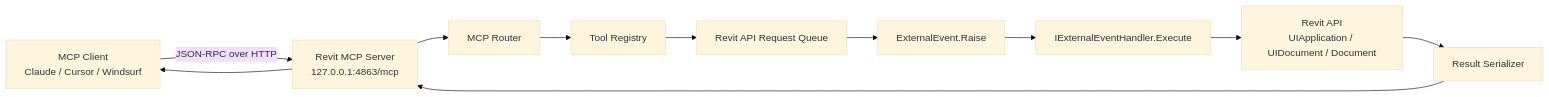
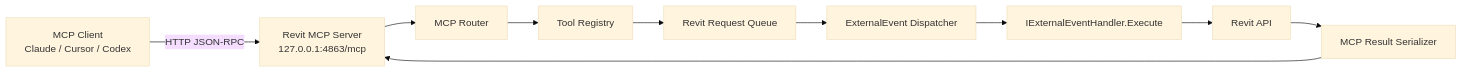
One commit to KazuhiroTakahashiAQ/RevitMcpPlugin changed the first of 3 diagrams in docs/Revit_MCP_implementation_spec.md. Above: the diagram before and after it, drawn with Mermaid (base theme). The commit also changed other lines of this file and 54 other files, not shown here.

Commit message:
Implement Revit MCP core runtime and tests

````diff
--- a/docs/Revit_MCP_implementation_spec.md
+++ b/docs/Revit_MCP_implementation_spec.md
@@ -23,15 +53,12 @@
 ```mermaid
 flowchart LR
-    A[MCP Client<br/>Claude / Cursor / Windsurf]
-      -->|JSON-RPC over HTTP| B[Revit MCP Server<br/>127.0.0.1:4863/mcp]
-
-    B --> C[MCP Router]
-    C --> D[Tool Registry]
-    D --> E[Revit API Request Queue]
-    E --> F[ExternalEvent.Raise]
-    F --> G[IExternalEventHandler.Execute]
-    G --> H[Revit API<br/>UIApplication / UIDocument / Document]
-    H --> I[Result Serializer]
+    A["MCP Client<br/>Claude / Cursor / Codex"] -->|HTTP JSON-RPC| B["Revit MCP Server<br/>127.0.0.1:4863/mcp"]
+    B --> C["MCP Router"]
+    C --> D["Tool Registry"]
+    D --> E["Revit Request Queue"]
+    E --> F["ExternalEvent Dispatcher"]
+    F --> G["IExternalEventHandler.Execute"]
+    G --> H["Revit API"]
+    H --> I["MCP Result Serializer"]
     I --> B
-    B --> A
 ```
````
